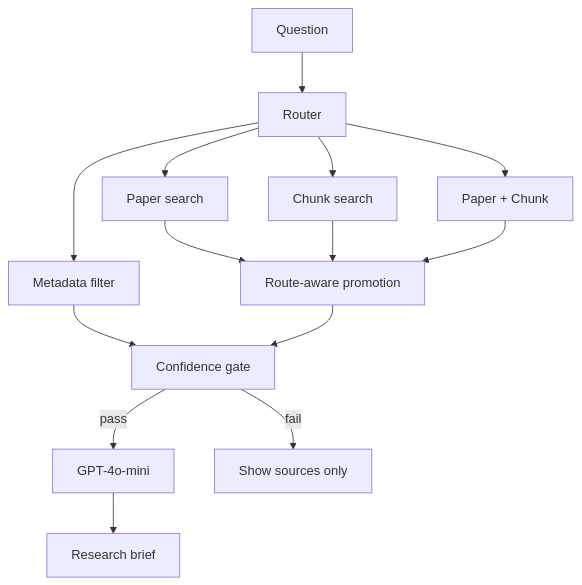
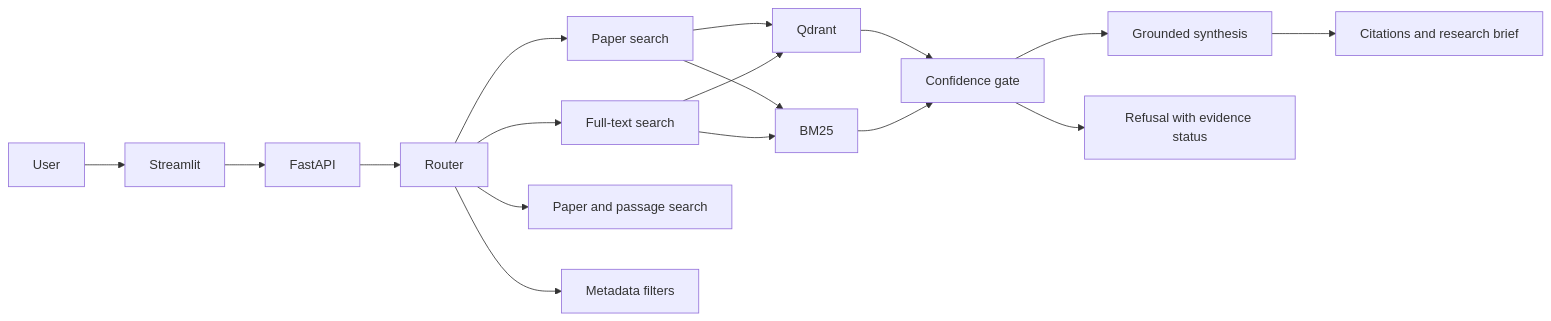
The diagram in README.md (rishitha-gogineni/research-synthesis-engine), drawn with Mermaid before and after one commit. The commit also changed other lines of this file and 24 other files, not shown here.

````diff
--- a/README.md
+++ b/README.md
@@ -82,18 +58,19 @@
-```mermaid
-flowchart TD
-    Question --> Router
-    Router --> Paper[Paper search]
-    Router --> Chunk[Chunk search]
-    Router --> Hybrid[Paper + Chunk]
-    Router --> Metadata[Metadata filter]
-
-    Paper --> Promotion[Route-aware promotion]
-    Chunk --> Promotion
-    Hybrid --> Promotion
-    Metadata --> Gate
-
-    Promotion --> Gate[Confidence gate]
-    Gate -->|pass| Synthesis[GPT-4o-mini]
-    Gate -->|fail| Decline[Show sources only]
-    Synthesis --> Brief[Research brief]
-```
+~~~mermaid
+flowchart LR
+    User --> Streamlit
+    Streamlit --> FastAPI
+    FastAPI --> Router
+    Router --> PaperSearch[Paper search]
+    Router --> ChunkSearch[Full-text search]
+    Router --> HybridSearch[Paper and passage search]
+    Router --> Metadata[Metadata filters]
+    PaperSearch --> Qdrant
+    ChunkSearch --> Qdrant
+    PaperSearch --> BM25
+    ChunkSearch --> BM25
+    Qdrant --> Confidence[Confidence gate]
+    BM25 --> Confidence
+    Confidence --> Synthesis[Grounded synthesis]
+    Confidence --> Refusal[Refusal with evidence status]
+    Synthesis --> Citations[Citations and research brief]
+~~~
````
